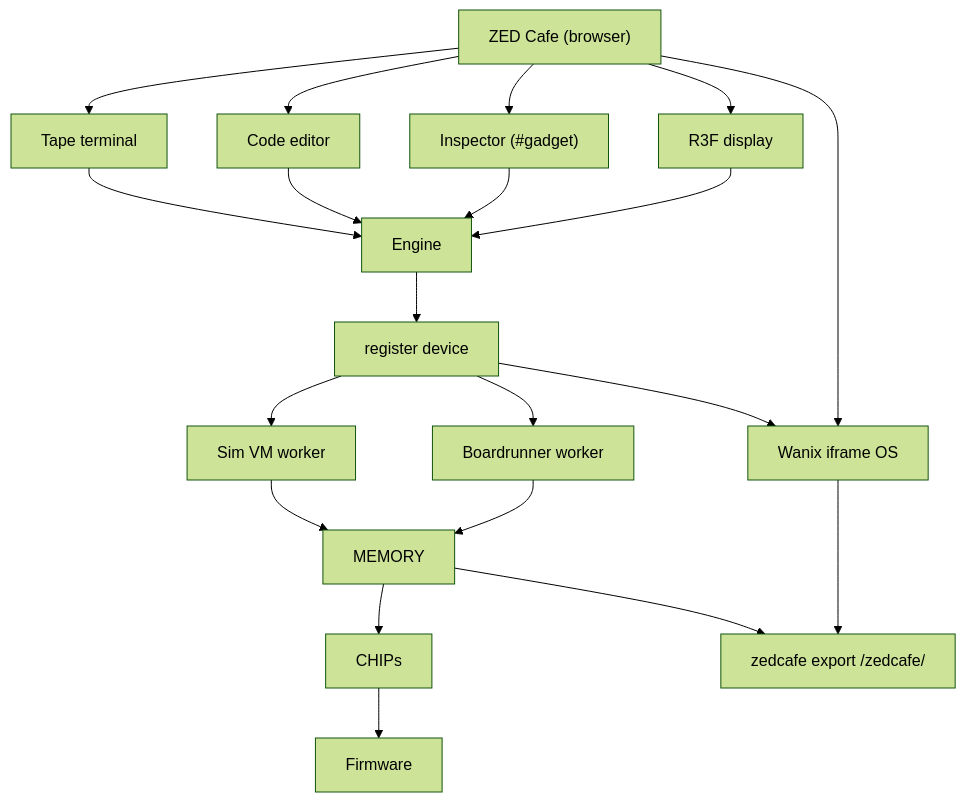
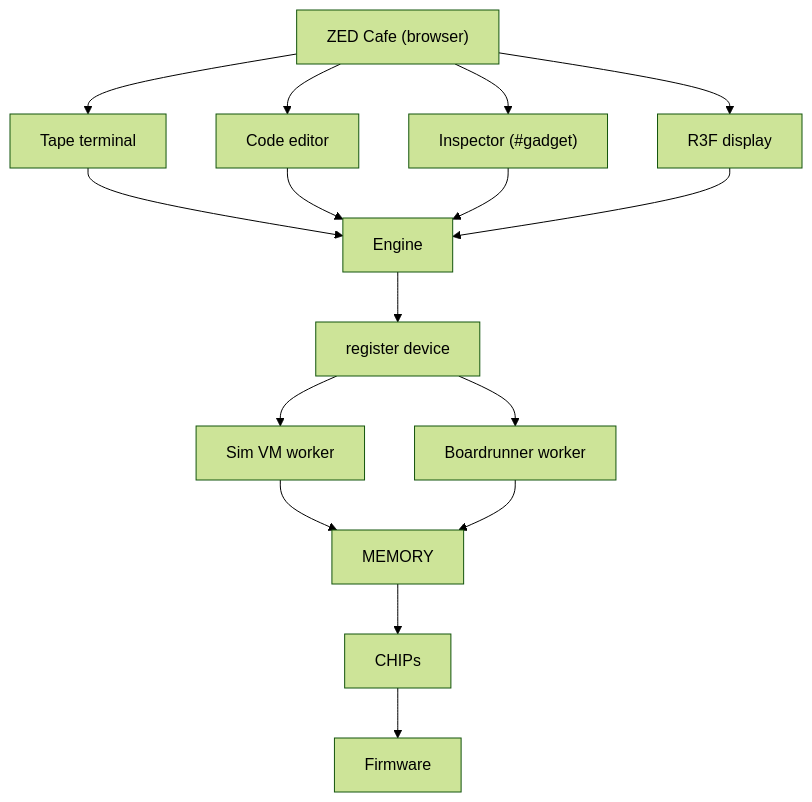
One commit to goldbuick/zed-software-system changed the first of 4 diagrams in docs-site/content/map.mdx. Above: the diagram before and after it, drawn with Mermaid (forest theme). The commit also changed other lines of this file and 364 other files, not shown here.

````diff
--- a/docs-site/content/map.mdx
+++ b/docs-site/content/map.mdx
@@ -16,36 +14,30 @@
 ```mermaid
 flowchart TB
   zedcafe["ZED Cafe (browser)"]
   tape["Tape terminal"]
   editor["Code editor"]
   inspector["Inspector (#gadget)"]
   display["R3F display"]
-  wanix["Wanix iframe OS"]
   engine["Engine"]
   register["register device"]
   simvm["Sim VM worker"]
   boardrunner["Boardrunner worker"]
   memory["MEMORY"]
-  zexport["zedcafe export /zedcafe/"]
   chips["CHIPs"]
   firmware["Firmware"]
   zedcafe --> tape
   zedcafe --> editor
   zedcafe --> inspector
   zedcafe --> display
-  zedcafe --> wanix
   tape --> engine
   editor --> engine
   inspector --> engine
   display --> engine
   engine --> register
   register --> simvm
   register --> boardrunner
-  register --> wanix
   simvm --> memory
   boardrunner --> memory
   memory --> chips
-  memory --> zexport
-  wanix --> zexport
   chips --> firmware
 ```
````
